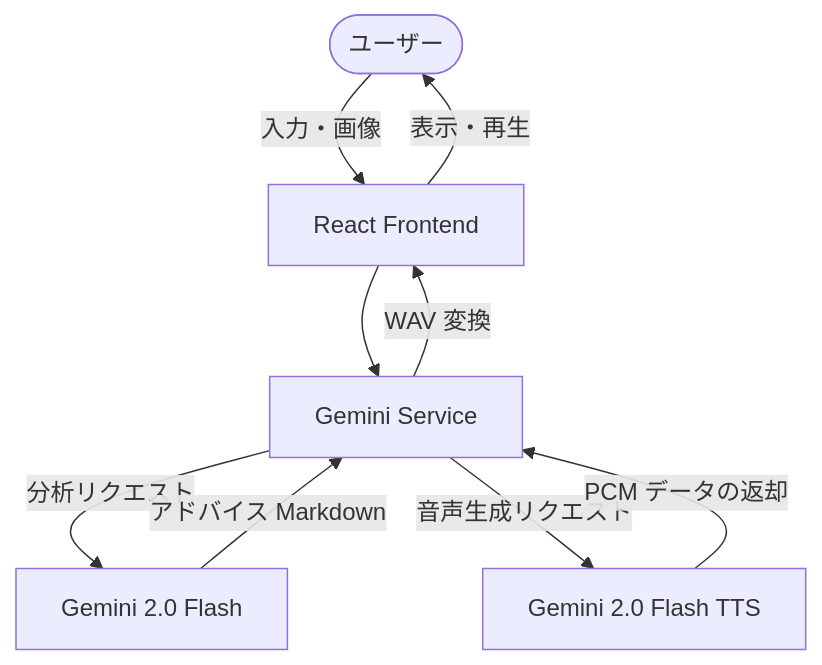
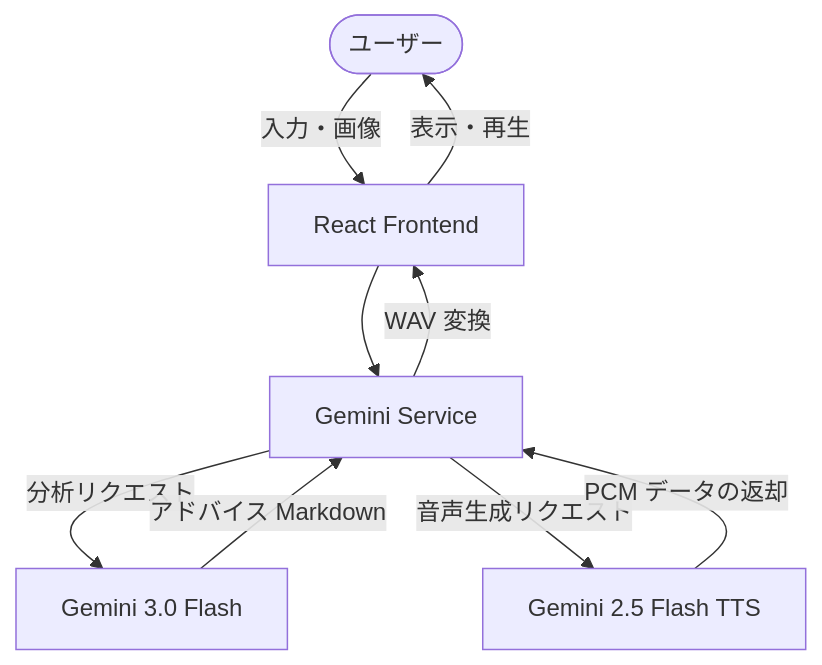
Before and after one commit to kkitase/kobe-agri: the diagram in README.md, drawn with Mermaid. The commit also changed other lines of this file, not shown here.

Commit message:
docs: correct model names in README to match codebase (3-flash and 2.5-flash-tts)

````diff
--- a/README.md
+++ b/README.md
@@ -28,17 +28,17 @@
 ```mermaid
 graph TD
     User([ユーザー])
     UI[React Frontend]
     Service[Gemini Service]
-    API_V[Gemini 2.0 Flash]
-    API_T[Gemini 2.0 Flash TTS]
+    API_V[Gemini 3.0 Flash]
+    API_T[Gemini 2.5 Flash TTS]
 
     User -->|入力・画像| UI
     UI --> Service
     Service -->|分析リクエスト| API_V
     API_V -->|アドバイス Markdown| Service
     Service -->|音声生成リクエスト| API_T
     API_T -->|PCM データの返却| Service
     Service -->|WAV 変換| UI
     UI -->|表示・再生| User
 ```
````
